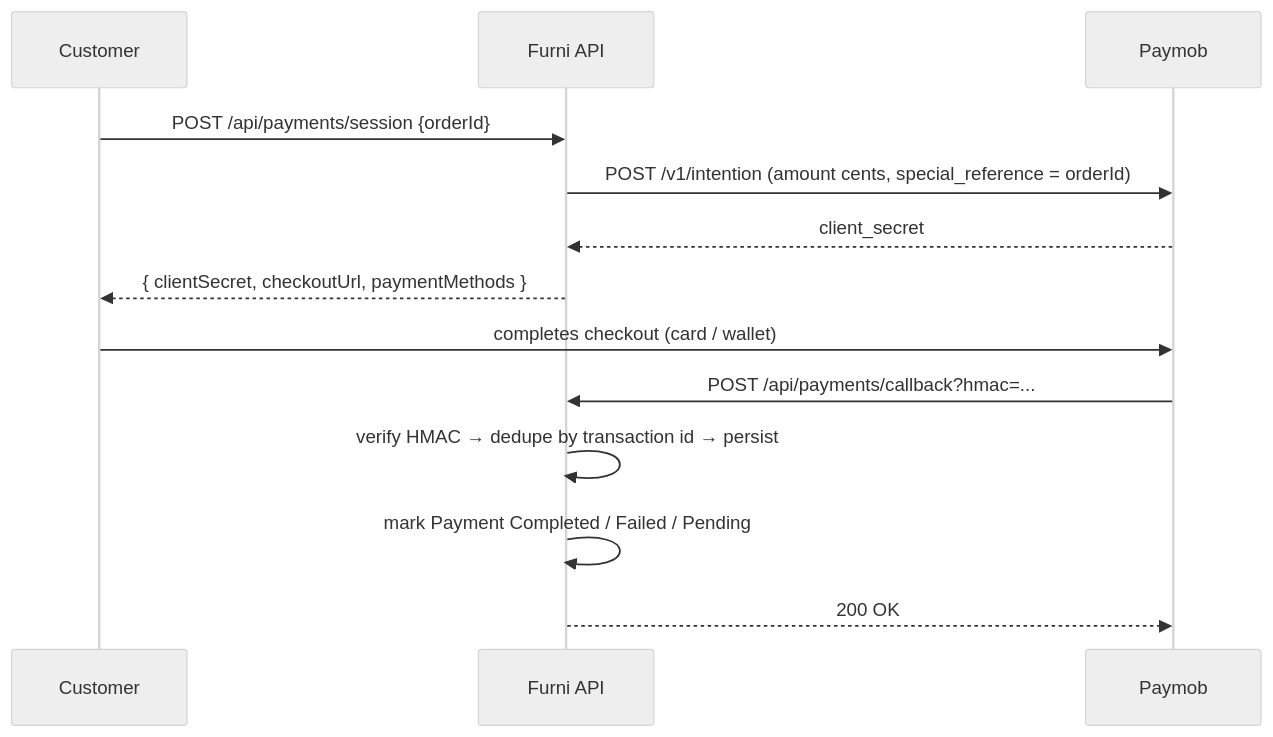
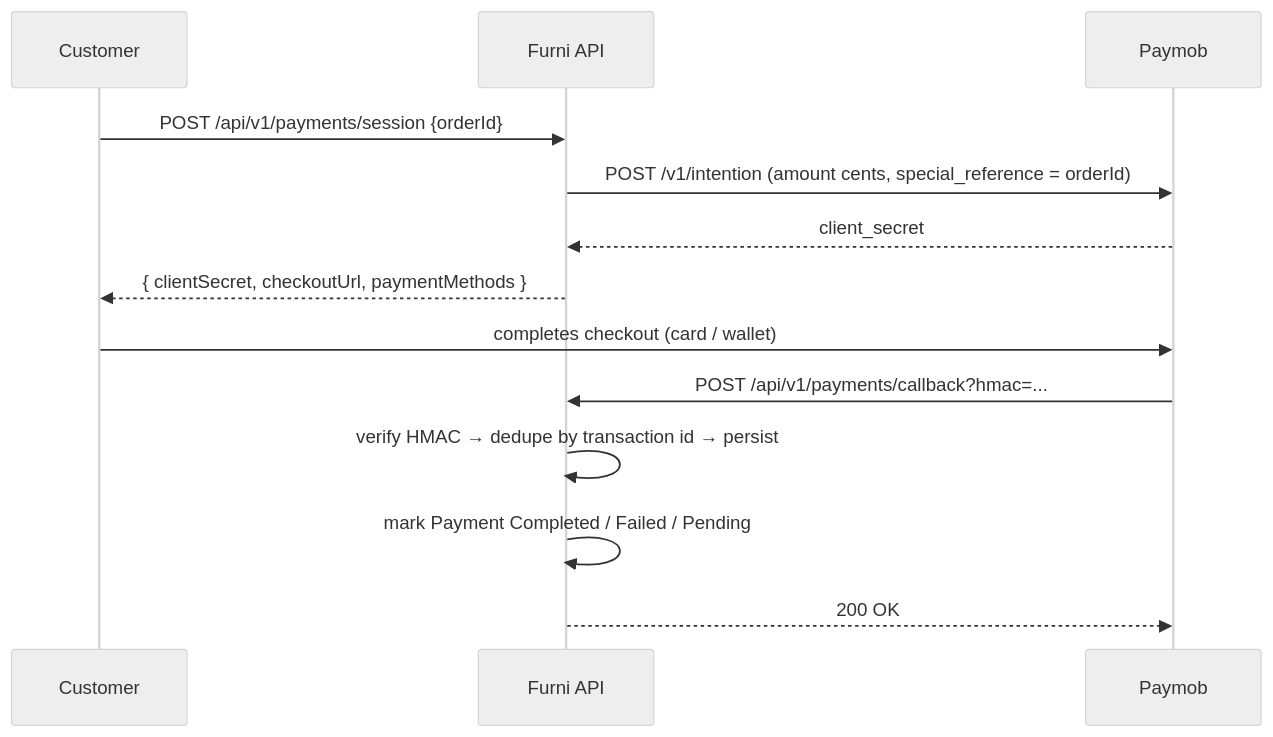
One commit to AhmedAliDL/FurniE-CommerceAPI changed the third of 4 diagrams in README.md. Above: the diagram before and after it, drawn with Mermaid (neutral theme). The commit also changed other lines of this file and 18 other files, not shown here.

````diff
--- a/README.md
+++ b/README.md
@@ -321,16 +321,16 @@
 ```mermaid
 sequenceDiagram
     participant C as Customer
     participant A as Furni API
     participant P as Paymob
 
-    C->>A: POST /api/payments/session {orderId}
+    C->>A: POST /api/v1/payments/session {orderId}
     A->>P: POST /v1/intention (amount cents, special_reference = orderId)
     P-->>A: client_secret
     A-->>C: { clientSecret, checkoutUrl, paymentMethods }
     C->>P: completes checkout (card / wallet)
-    P->>A: POST /api/payments/callback?hmac=...
+    P->>A: POST /api/v1/payments/callback?hmac=...
     A->>A: verify HMAC → dedupe by transaction id → persist
     A->>A: mark Payment Completed / Failed / Pending
     A-->>P: 200 OK
 ```
````
